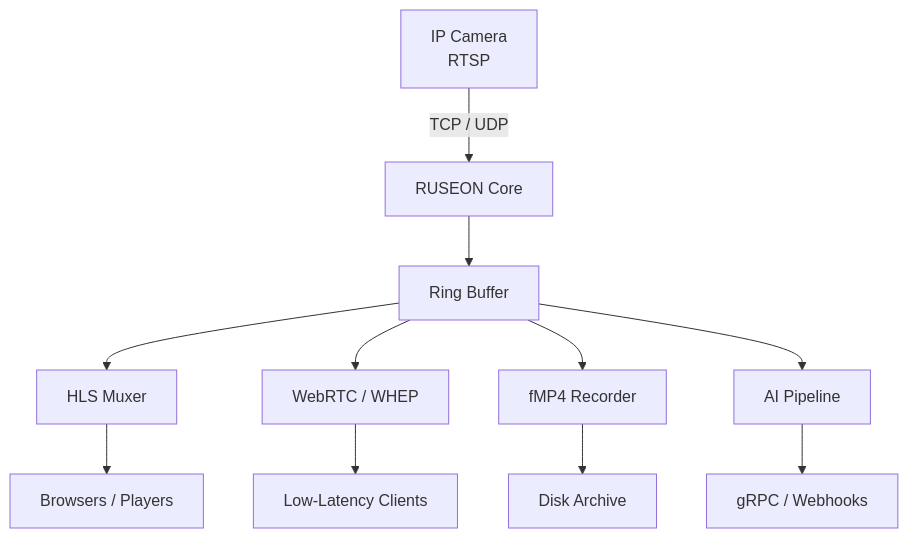
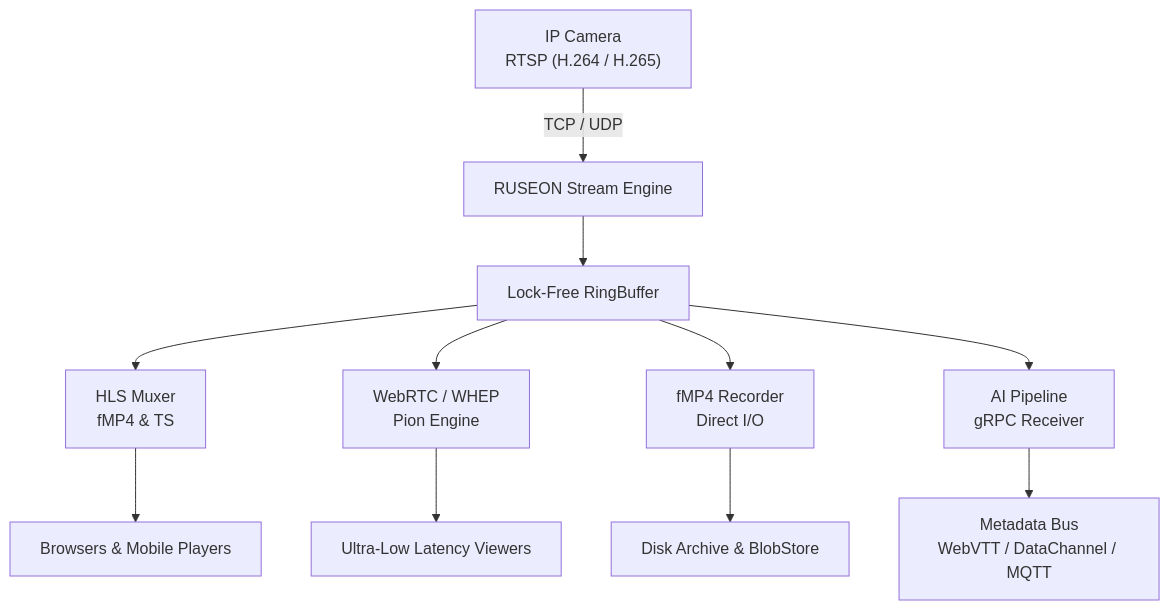
The diagram in README.md (RUSEGAL/ruseon-core), drawn with Mermaid before and after one commit. The commit also changed other lines of this file and 1 other file, not shown here.

````diff
--- a/README.md
+++ b/README.md
@@ -45,16 +53,16 @@
 ```mermaid
 flowchart TD
-    CAMERA["IP Camera<br/>RTSP"] -->|TCP / UDP| CORE["RUSEON Core"]
+    CAMERA["IP Camera<br/>RTSP (H.264 / H.265)"] -->|TCP / UDP| CORE["RUSEON Stream Engine"]
 
-    CORE --> RING["Ring Buffer"]
+    CORE --> RING["Lock-Free RingBuffer"]
 
-    RING --> HLS["HLS Muxer"]
-    RING --> WEBRTC["WebRTC / WHEP"]
-    RING --> RECORDER["fMP4 Recorder"]
-    RING --> AI["AI Pipeline"]
+    RING --> HLS["HLS Muxer<br/>fMP4 & TS"]
+    RING --> WEBRTC["WebRTC / WHEP<br/>Pion Engine"]
+    RING --> RECORDER["fMP4 Recorder<br/>Direct I/O"]
+    RING --> AI["AI Pipeline<br/>gRPC Receiver"]
 
-    HLS --> BROWSER["Browsers / Players"]
-    WEBRTC --> CLIENTS["Low-Latency Clients"]
-    RECORDER --> ARCHIVE["Disk Archive"]
-    AI --> API["gRPC / Webhooks"]
+    HLS --> BROWSER["Browsers & Mobile Players"]
+    WEBRTC --> CLIENTS["Ultra-Low Latency Viewers"]
+    RECORDER --> ARCHIVE["Disk Archive & BlobStore"]
+    AI --> META["Metadata Bus<br/>WebVTT / DataChannel / MQTT"]
 ```
````
